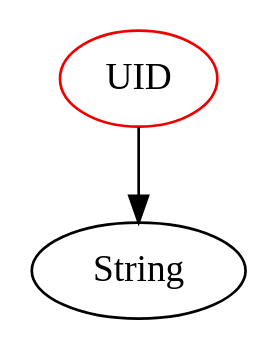
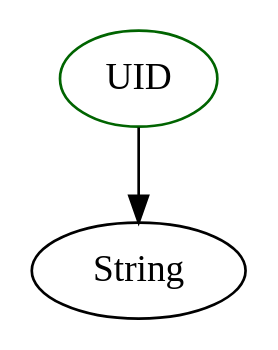
The diagram in analysis/TypeDependencyGraphs/lang/UID.dot (JacquesCarette/Drasil), drawn with Graphviz before and after one commit. The commit also changed 808 other files, not shown here.

```diff
--- a/analysis/TypeDependencyGraphs/lang/UID.dot
+++ b/analysis/TypeDependencyGraphs/lang/UID.dot
@@ -1,4 +1,4 @@
 digraph uid{
-UID	[shape=oval, color=red2, label="UID"];
+UID	[shape=oval, color=darkgreen, label="UID"];
 UID -> String;
 }
```
